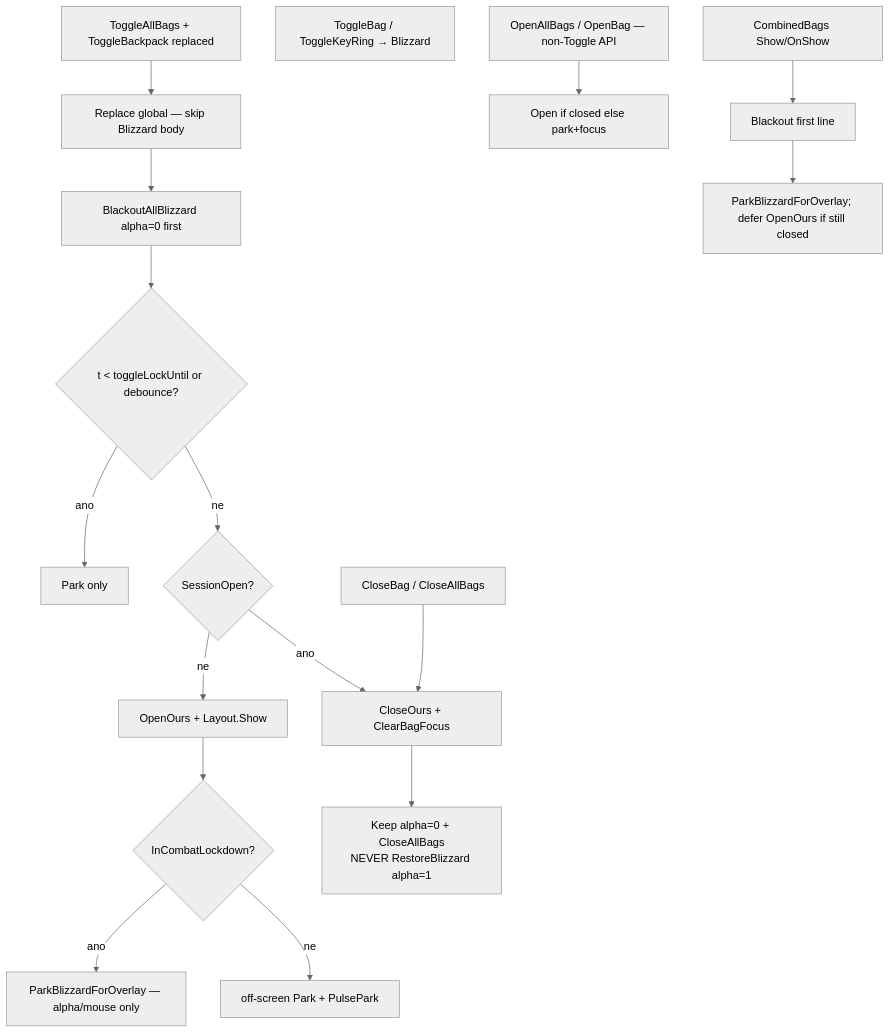
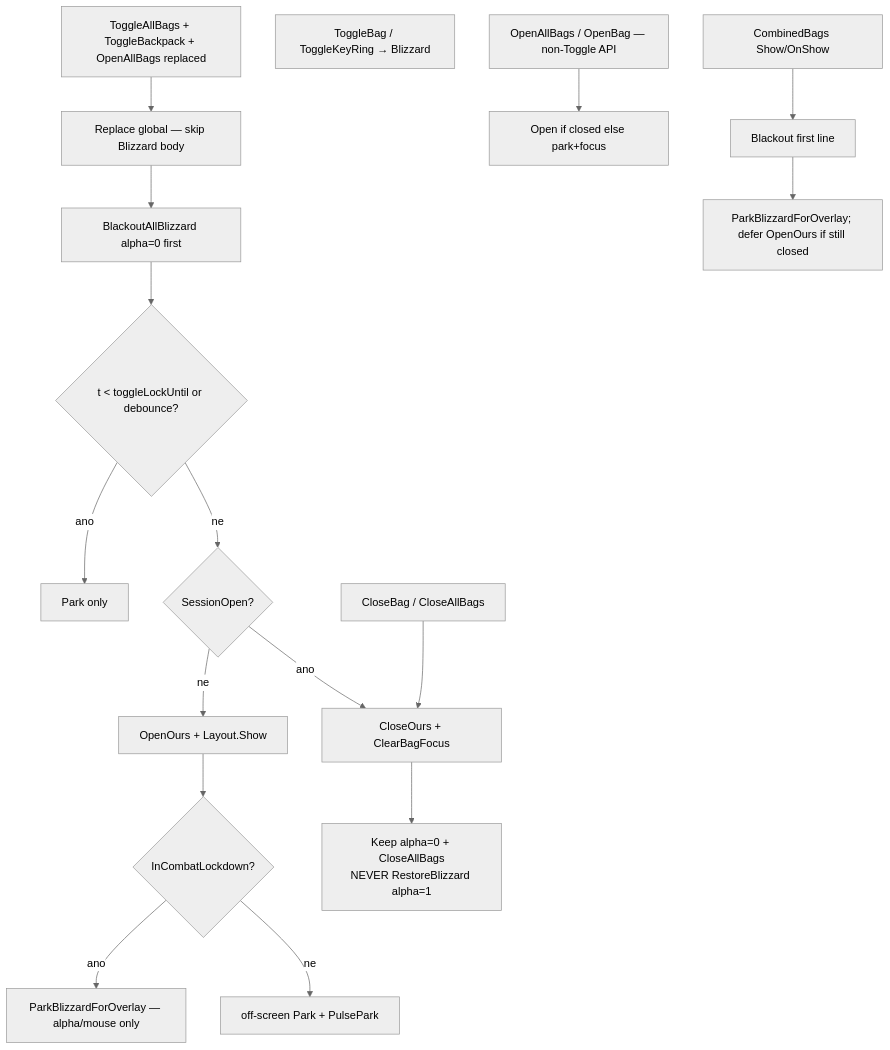
Before and after one commit to sirTurbisCZ/wow-forever-addons: the first of 8 diagrams in addons/BetterBackpack/Docs/loops.md, drawn with Mermaid (neutral theme). The commit also changed other lines of this file and 5 other files, not shown here.

First line of the commit message:
fix(BetterBackpack): 0.5.78 merchant OpenAllBags routes to OpenOurs

````diff
--- a/addons/BetterBackpack/Docs/loops.md
+++ b/addons/BetterBackpack/Docs/loops.md
@@ -12,20 +12,20 @@
 ```mermaid
 flowchart TD
-  B[ToggleAllBags + ToggleBackpack replaced]
+  B[ToggleAllBags + ToggleBackpack + OpenAllBags replaced]
   Bar[ToggleBag / ToggleKeyRing → Blizzard]
   B --> Rep[Replace global — skip Blizzard body]
   Rep --> Black[BlackoutAllBlizzard alpha=0 first]
   Black --> Lock{t < toggleLockUntil or debounce?}
   Lock -->|ano| Pulse[Park only]
   Lock -->|ne| Vis{SessionOpen?}
   Vis -->|ne| Open[OpenOurs + Layout.Show]
   Open --> ParkMode{InCombatLockdown?}
   ParkMode -->|ano| AlphaOnly[ParkBlizzardForOverlay — alpha/mouse only]
   ParkMode -->|ne| OffPark[off-screen Park + PulsePark]
   Vis -->|ano| Close[CloseOurs + ClearBagFocus]
   Close --> Keep0[Keep alpha=0 + CloseAllBags<br/>NEVER RestoreBlizzard alpha=1]
   OpenOnly[OpenAllBags / OpenBag — non-Toggle API] --> OpenOrPark[Open if closed else park+focus]
   CloseAPI[CloseBag / CloseAllBags] --> Close
   OnShow[CombinedBags Show/OnShow] --> BO[Blackout first line]
   BO --> Park[ParkBlizzardForOverlay; defer OpenOurs if still closed]
 ```
````
